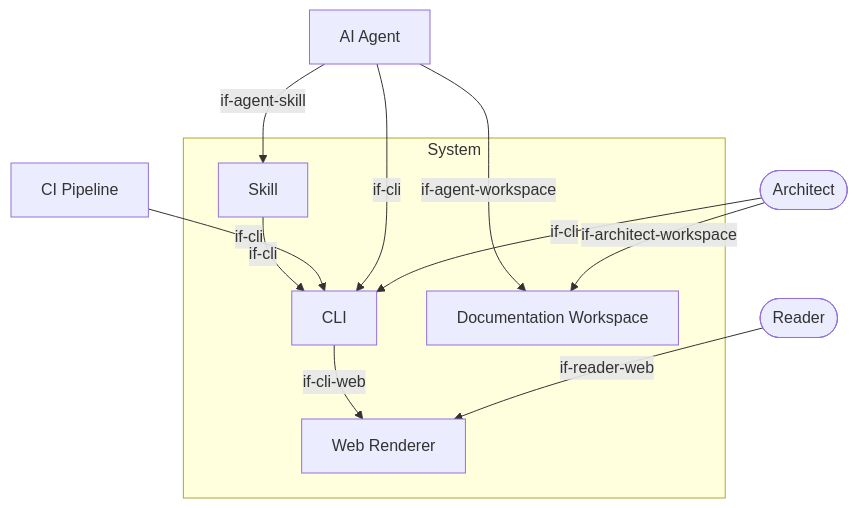
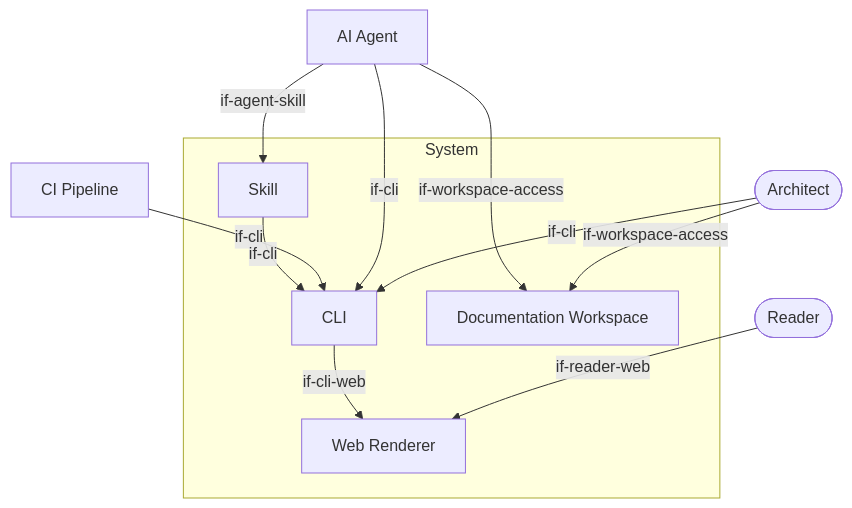
Before and after one commit to docToolchain/arc42-language: the diagram in docs/arc42/03-system-context.arc42.md, drawn with Mermaid. The commit also changed other lines of this file and 1 other file, not shown here.

First line of the commit message:
docs: merge if-architect-workspace + if-agent-workspace into if-workspace-access

````diff
--- a/docs/arc42/03-system-context.arc42.md
+++ b/docs/arc42/03-system-context.arc42.md
@@ -15,24 +15,24 @@
 ```mermaid
 graph TD
     actor-architect(["Architect"])
     actor-agent["AI Agent"]
     actor-ci["CI Pipeline"]
     actor-reader(["Reader"])
 
     subgraph system["System"]
         bb-cli["CLI"]
         bb-skill["Skill"]
         bb-web-renderer["Web Renderer"]
         bb-workspace["Documentation Workspace"]
     end
 
     actor-architect -->|"if-cli"| bb-cli
-    actor-architect -->|"if-architect-workspace"| bb-workspace
+    actor-architect -->|"if-workspace-access"| bb-workspace
     actor-agent -->|"if-cli"| bb-cli
-    actor-agent -->|"if-agent-workspace"| bb-workspace
+    actor-agent -->|"if-workspace-access"| bb-workspace
     actor-agent -->|"if-agent-skill"| bb-skill
     actor-ci -->|"if-cli"| bb-cli
     actor-reader -->|"if-reader-web"| bb-web-renderer
     bb-skill -->|"if-cli"| bb-cli
     bb-cli -->|"if-cli-web"| bb-web-renderer
 ```
````
